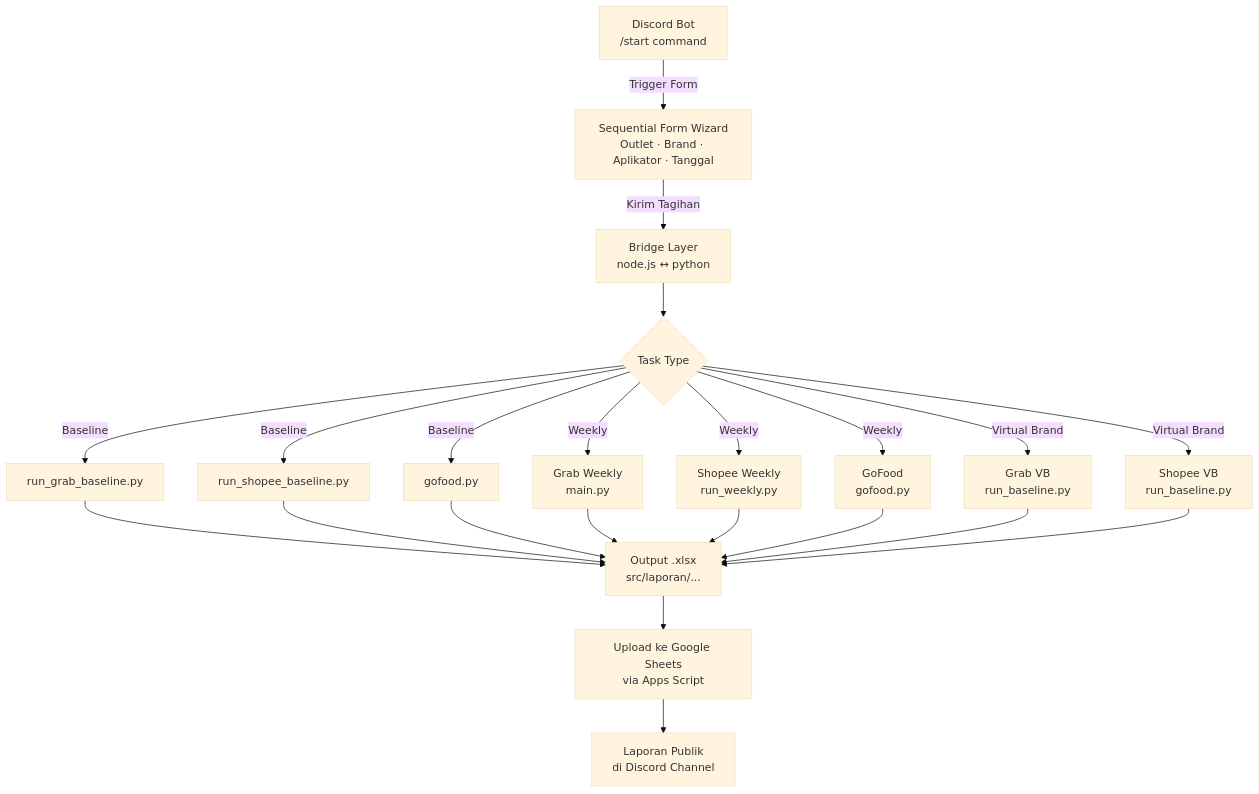
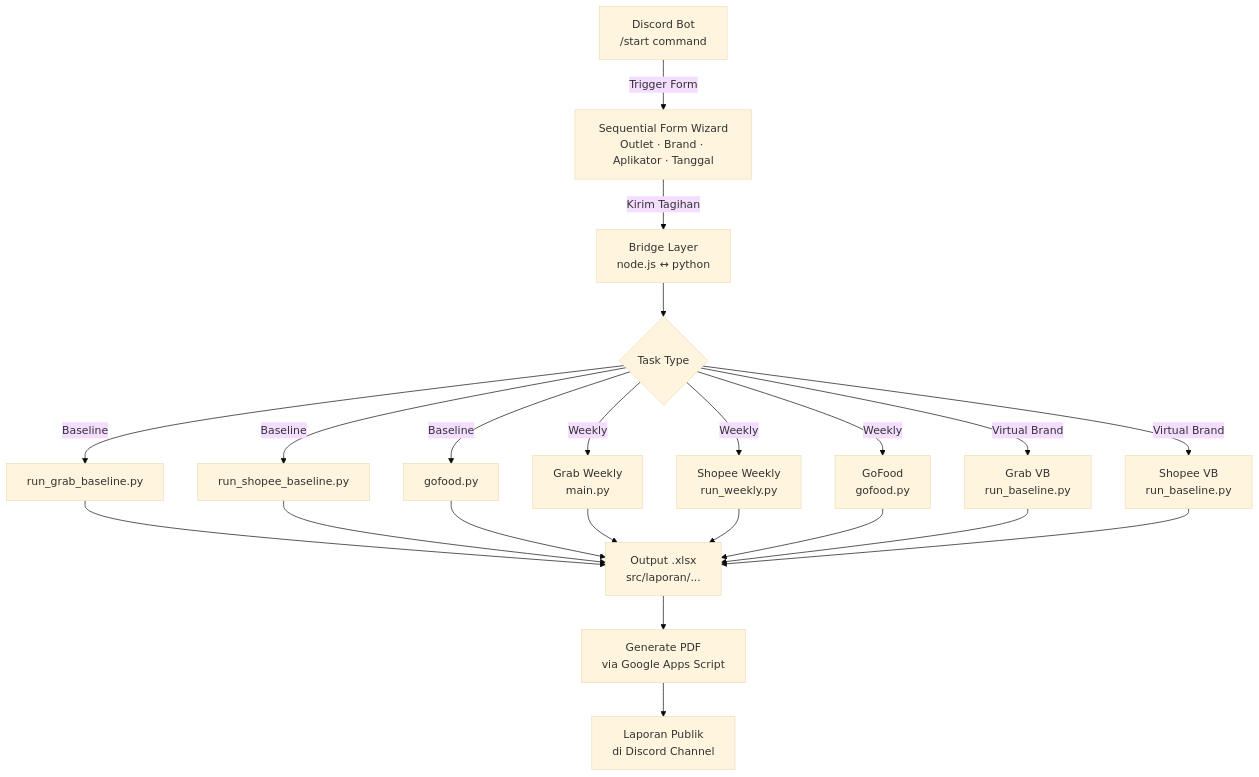
Before and after one commit to SuperfoodTech/Baseline-Generate: the diagram in README.md, drawn with Mermaid (base theme). The commit also changed other lines of this file and 1 other file, not shown here.

````diff
--- a/README.md
+++ b/README.md
@@ -262,21 +341,21 @@
 ```mermaid
 graph TD
     A[Discord Bot\n/start command] -->|Trigger Form| B[Sequential Form Wizard\nOutlet · Brand · Aplikator · Tanggal]
     B -->|Kirim Tagihan| C[Bridge Layer\nnode.js ↔ python]
     C --> D{Task Type}
 
     D -->|Baseline| E1[run_grab_baseline.py]
     D -->|Baseline| E2[run_shopee_baseline.py]
     D -->|Baseline| E3[gofood.py]
 
     D -->|Weekly| F1[Grab Weekly\nmain.py]
     D -->|Weekly| F2[Shopee Weekly\nrun_weekly.py]
     D -->|Weekly| F3[GoFood\ngofood.py]
 
     D -->|Virtual Brand| G1[Grab VB\nrun_baseline.py]
     D -->|Virtual Brand| G2[Shopee VB\nrun_baseline.py]
 
     E1 & E2 & E3 & F1 & F2 & F3 & G1 & G2 --> H[Output .xlsx\nsrc/laporan/...]
-    H --> I[Upload ke Google Sheets\nvia Apps Script]
+    H --> I[Generate PDF\nvia Google Apps Script]
     I --> J[Laporan Publik\ndi Discord Channel]
 ```
````
